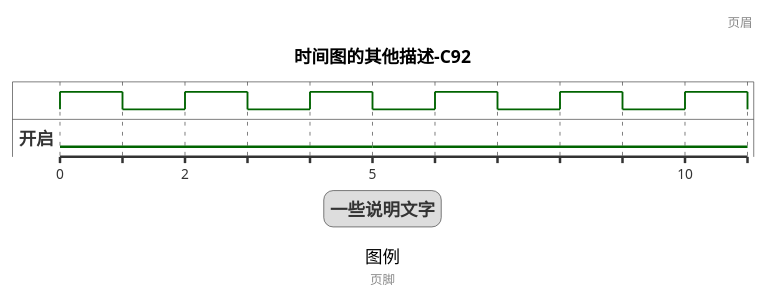
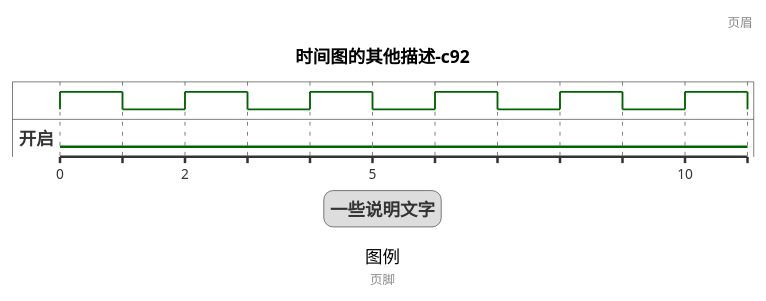
The second of 2 diagrams in examples/10_time_charts.puml (securitgithub/plantumlforvscode), drawn with PlantUML before and after one commit. The commit also changed other lines of this file and 43 other files, not shown here.

```diff
--- a/examples/10_time_charts.puml
+++ b/examples/10_time_charts.puml
@@ -34,23 +34,23 @@
 @startuml
-title 时间图的其他描述-C92
+title 时间图的其他描述-c92
 
 header: 页眉
 footer: 页脚
 caption 图例
 
 legend
     一些说明文字
 end legend
 
 clock clk with period 2
 binary "开启" as EN
 
 @0
 EN is 高电压
 
 @5
 EN is 高电压
 
 @10
 EN is 高电压
 @enduml
```
